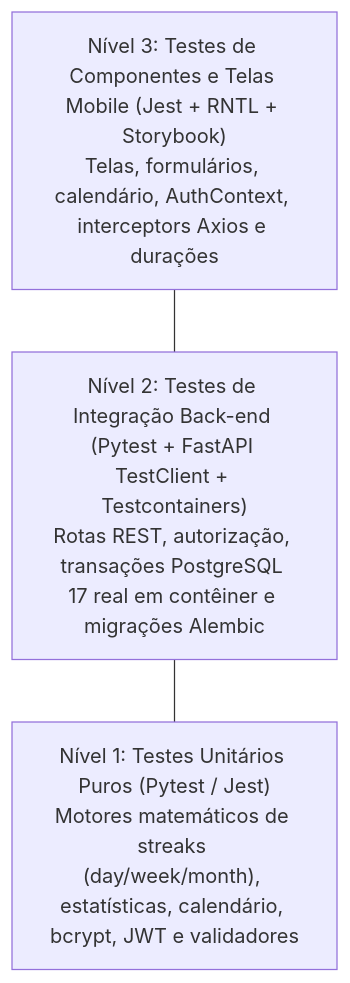
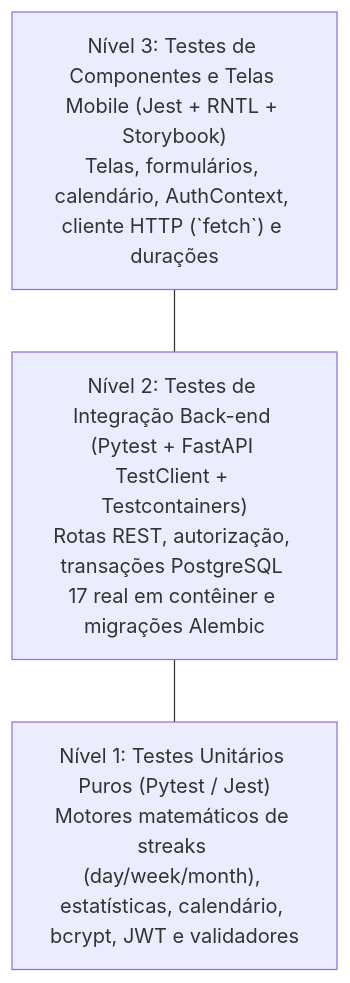
Before and after one commit to FGA0138-MDS-Ajax/2026.2-T02-Shannon: the diagram in docs/testes/estrategia-testes.md, drawn with Mermaid. The commit also changed other lines of this file and 5 other files, not shown here.

Commit message:
docs(metricas): DT-05 quitado, grupos no mobile, recontagem de testes, rastreabilidade e cronograma

````diff
--- a/docs/testes/estrategia-testes.md
+++ b/docs/testes/estrategia-testes.md
@@ -11,8 +11,8 @@
 ```mermaid
 flowchart TB
-    L3["Nível 3: Testes de Componentes e Telas Mobile (Jest + RNTL + Storybook)\nTelas, formulários, calendário, AuthContext, interceptors Axios e durações"]
+    L3["Nível 3: Testes de Componentes e Telas Mobile (Jest + RNTL + Storybook)\nTelas, formulários, calendário, AuthContext, cliente HTTP (`fetch`) e durações"]
     L2["Nível 2: Testes de Integração Back-end (Pytest + FastAPI TestClient + Testcontainers)\nRotas REST, autorização, transações PostgreSQL 17 real em contêiner e migrações Alembic"]
     L1["Nível 1: Testes Unitários Puros (Pytest / Jest)\nMotores matemáticos de streaks (day/week/month), estatísticas, calendário, bcrypt, JWT e validadores"]
 
     L3 --- L2 --- L1
 ```
````
